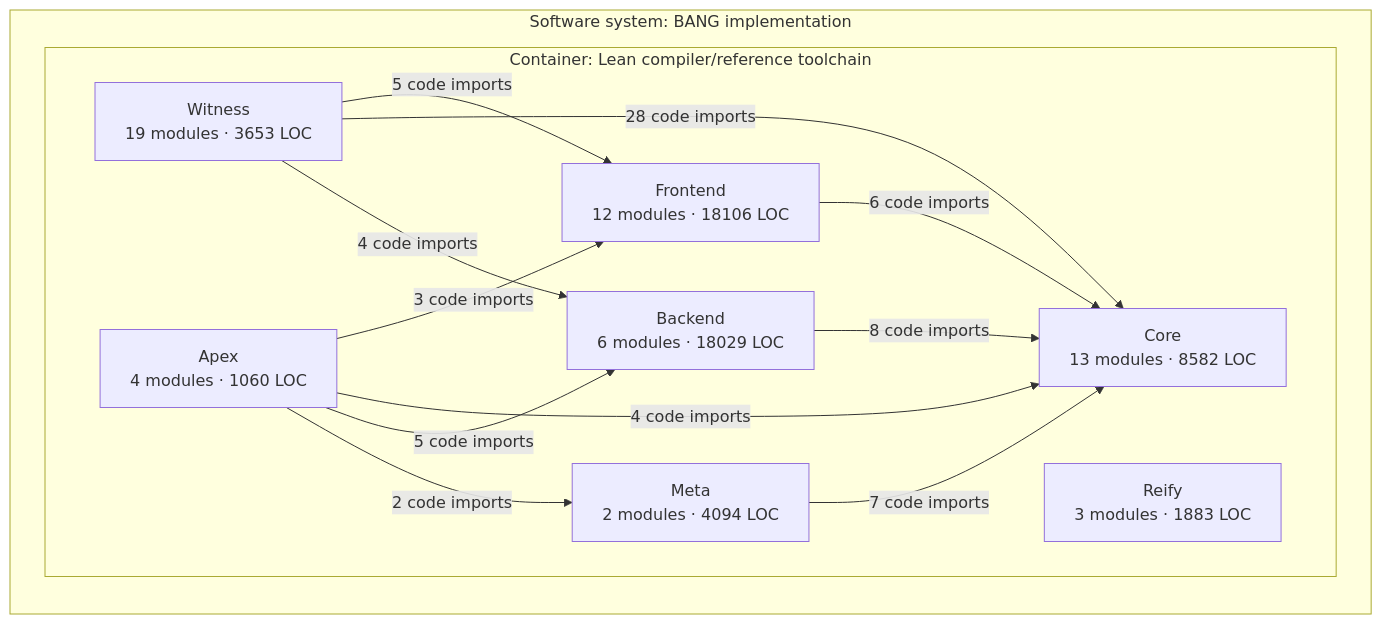
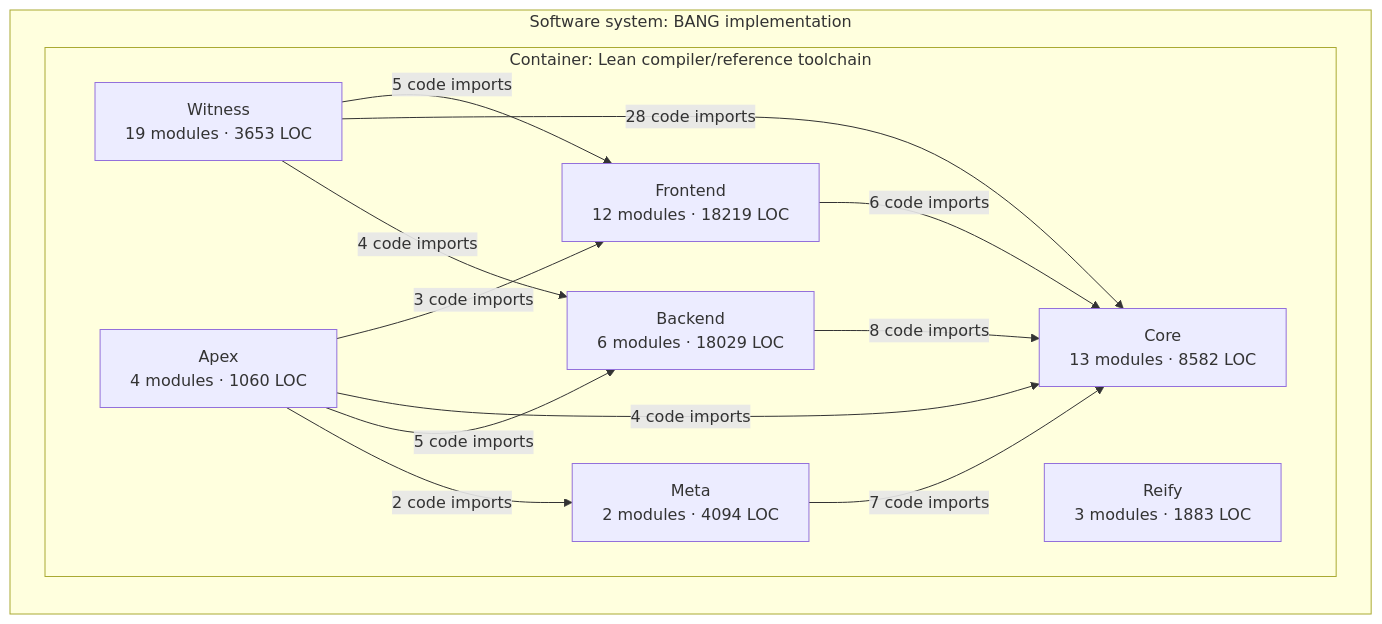
One commit to phibkro/bang changed the third of 3 diagrams in docs/architecture/core-overview.md. Above: the diagram before and after it, drawn with Mermaid. The commit also changed other lines of this file and 14 other files, not shown here.

````diff
--- a/docs/architecture/core-overview.md
+++ b/docs/architecture/core-overview.md
@@ -160,24 +160,24 @@
 ```mermaid
 flowchart LR
   subgraph system_BANG["Software system: BANG implementation"]
     subgraph container_Lean_toolchain["Container: Lean compiler/reference toolchain"]
-      component_Frontend["Frontend<br/>12 modules · 18106 LOC"]
+      component_Frontend["Frontend<br/>12 modules · 18219 LOC"]
       component_Core["Core<br/>13 modules · 8582 LOC"]
       component_Backend["Backend<br/>6 modules · 18029 LOC"]
       component_Meta["Meta<br/>2 modules · 4094 LOC"]
       component_Witness["Witness<br/>19 modules · 3653 LOC"]
       component_Reify["Reify<br/>3 modules · 1883 LOC"]
       component_Apex["Apex<br/>4 modules · 1060 LOC"]
     end
   end
   component_Frontend -->|6 code imports| component_Core
   component_Backend -->|8 code imports| component_Core
   component_Meta -->|7 code imports| component_Core
   component_Witness -->|5 code imports| component_Frontend
   component_Witness -->|28 code imports| component_Core
   component_Witness -->|4 code imports| component_Backend
   component_Apex -->|3 code imports| component_Frontend
   component_Apex -->|4 code imports| component_Core
   component_Apex -->|5 code imports| component_Backend
   component_Apex -->|2 code imports| component_Meta
 ```
````
